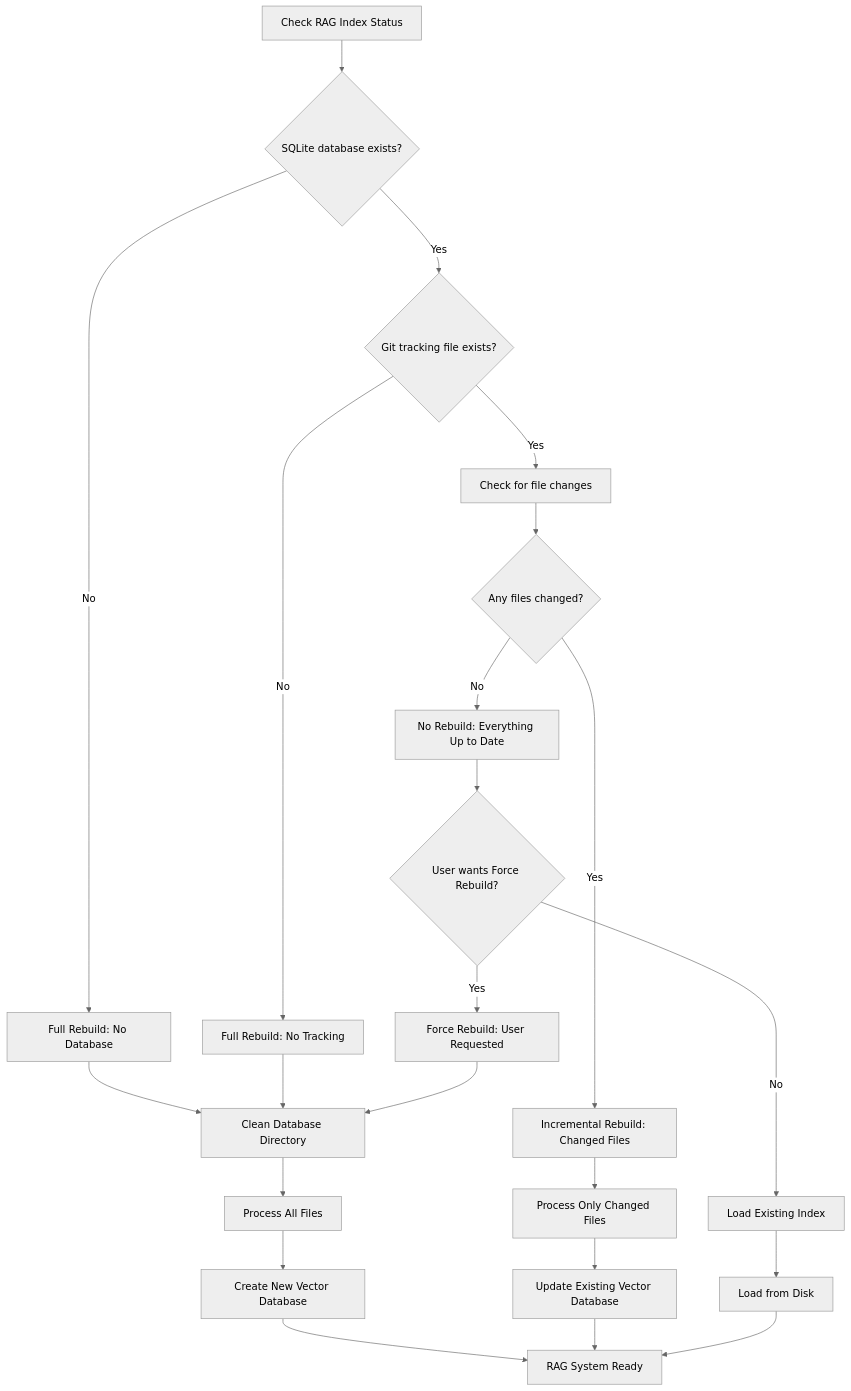
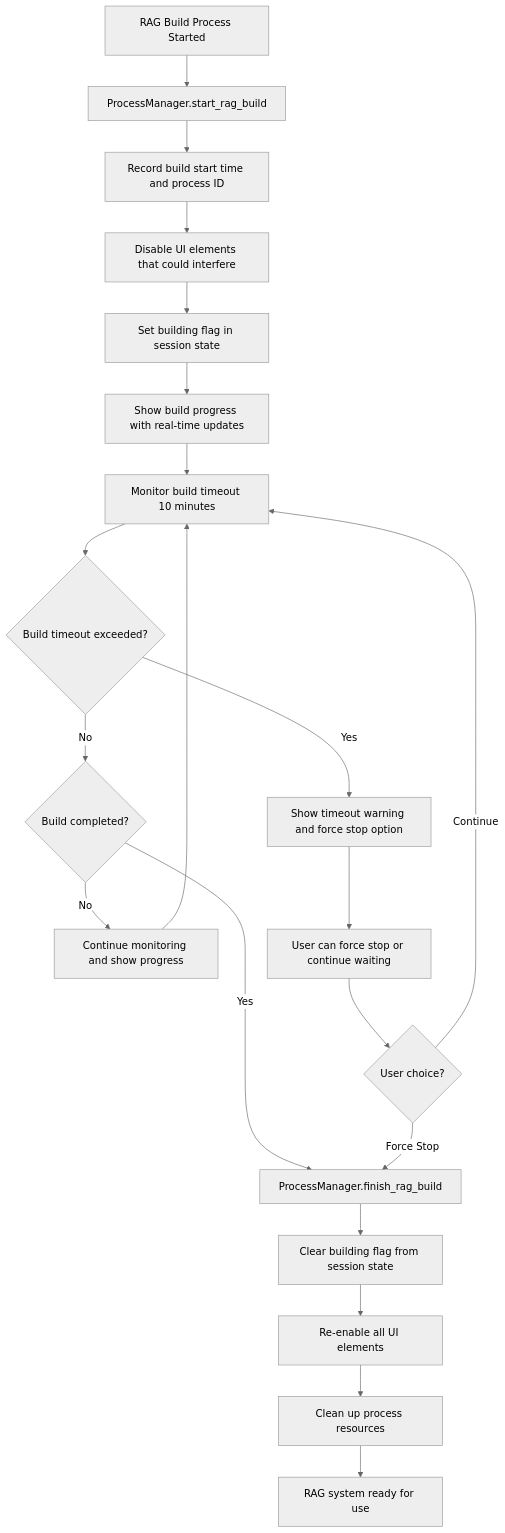
One commit to anilbattini/codebase-qa changed the fourth of 7 diagrams in debug_tools/MERMAID_CHART.md. Above: the diagram before and after it, drawn with Mermaid (neutral theme). The commit also changed other lines of this file, not shown here.

Commit message:
Updating the mermaid chart with the updated enhancements

````diff
--- a/debug_tools/MERMAID_CHART.md
+++ b/debug_tools/MERMAID_CHART.md
@@ -74,32 +148,26 @@
 ```mermaid
 flowchart TD
-    A[Check RAG Index Status] --> B{SQLite database exists?}
-    B -->|No| C[Full Rebuild: No Database]
-    B -->|Yes| D{Git tracking file exists?}
+    A[RAG Build Process Started] --> B[ProcessManager.start_rag_build]
+    B --> C[Record build start time and process ID]
+    C --> D[Disable UI elements that could interfere]
+    D --> E[Set building flag in session state]
+    E --> F[Show build progress with real-time updates]
     
-    D -->|No| E[Full Rebuild: No Tracking]
-    D -->|Yes| F[Check for file changes]
+    F --> G[Monitor build timeout 10 minutes]
+    G --> H{Build timeout exceeded?}
+    H -->|Yes| I[Show timeout warning and force stop option]
+    H -->|No| J{Build completed?}
+    J -->|No| K[Continue monitoring and show progress]
+    K --> G
+    J -->|Yes| L[ProcessManager.finish_rag_build]
     
-    F --> G{Any files changed?}
-    G -->|Yes| H[Incremental Rebuild: Changed Files]
-    G -->|No| I[No Rebuild: Everything Up to Date]
+    I --> M[User can force stop or continue waiting]
+    M --> N{User choice?}
+    N -->|Force Stop| L
+    N -->|Continue| G
     
-    I --> J{User wants Force Rebuild?}
-    J -->|Yes| K[Force Rebuild: User Requested]
-    J -->|No| L[Load Existing Index]
-    
-    C --> M[Clean Database Directory]
-    E --> M
-    K --> M
-    
-    M --> N[Process All Files]
-    H --> O[Process Only Changed Files]
-    L --> P[Load from Disk]
-    
-    N --> Q[Create New Vector Database]
-    O --> R[Update Existing Vector Database]
-    
-    Q --> S[RAG System Ready]
-    R --> S
-    P --> S
+    L --> O[Clear building flag from session state]
+    O --> P[Re-enable all UI elements]
+    P --> Q[Clean up process resources]
+    Q --> R[RAG system ready for use]
 ```
````
